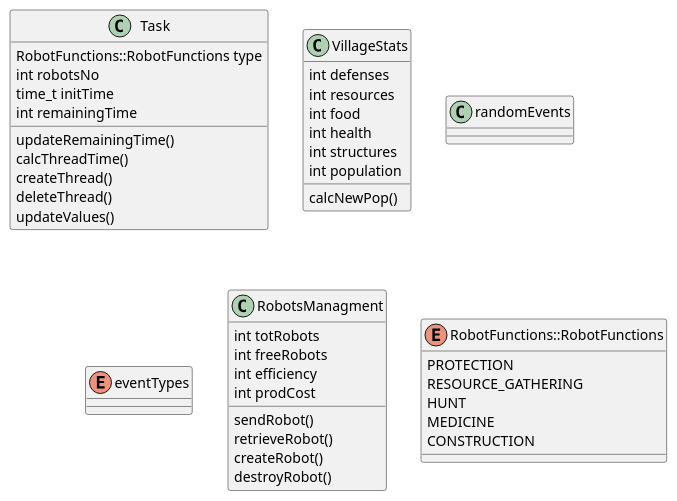
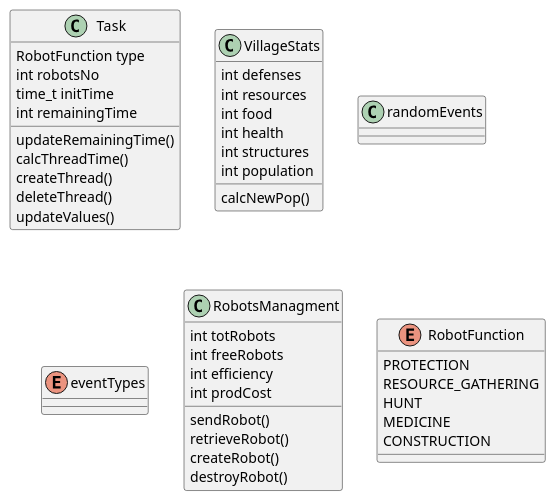
The diagram in extras/uml.wsd (AraujoVE/OSRobotsGame), drawn with PlantUML before and after one commit. The commit also changed 8 other files, not shown here.

```diff
--- a/extras/uml.wsd
+++ b/extras/uml.wsd
@@ -1,49 +1,49 @@
 @startuml
 
 class Task{
-    RobotFunctions::RobotFunctions type
+    RobotFunction type
     int robotsNo
     time_t initTime
     int remainingTime
 
     updateRemainingTime()
     calcThreadTime()
     createThread()
     deleteThread()
     updateValues()
 }
 class VillageStats{
     int defenses
     int resources
     int food     
     int health
     int structures
     int population
 
     calcNewPop()
 }
 class randomEvents{
 
 }
 enum eventTypes{
 
 }
 class RobotsManagment{
     int totRobots
     int freeRobots
     int efficiency
     int prodCost
 
     sendRobot()
     retrieveRobot()
     createRobot()
     destroyRobot()
 }
-enum RobotFunctions::RobotFunctions{
+enum RobotFunction{
     PROTECTION
     RESOURCE_GATHERING
     HUNT
     MEDICINE
     CONSTRUCTION
 }
 @enduml
```
